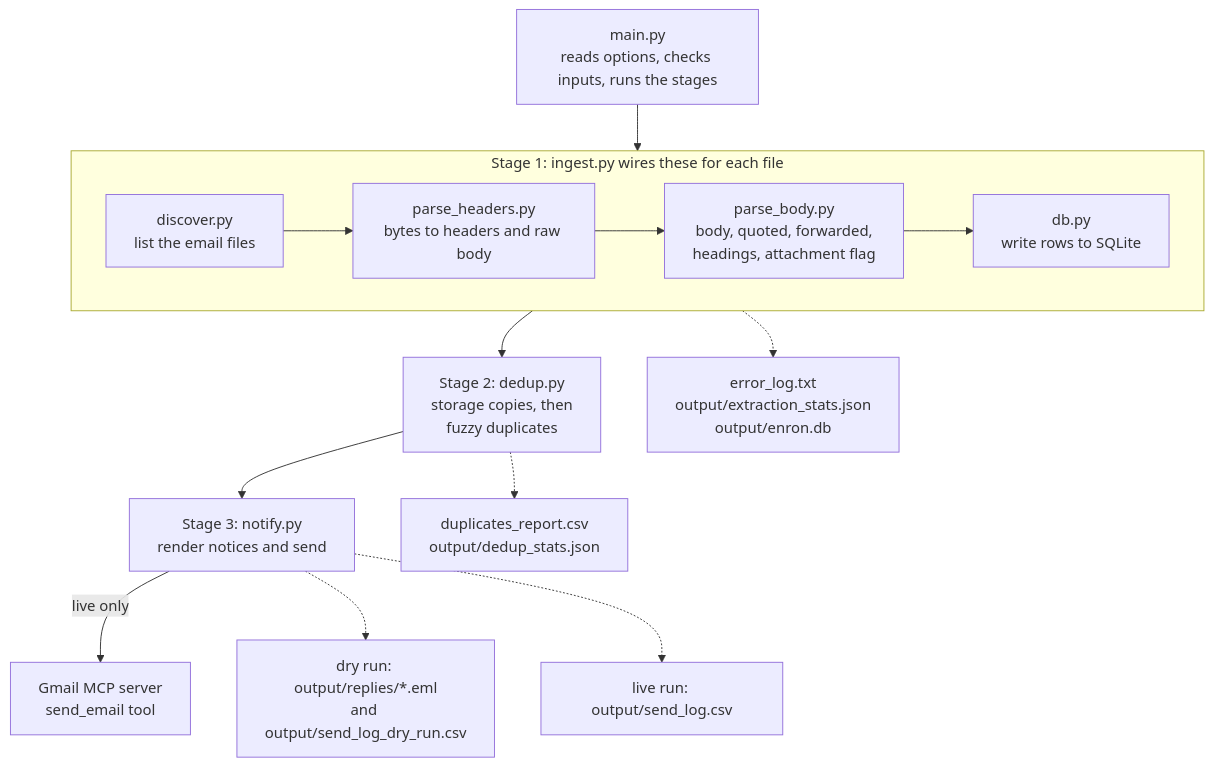
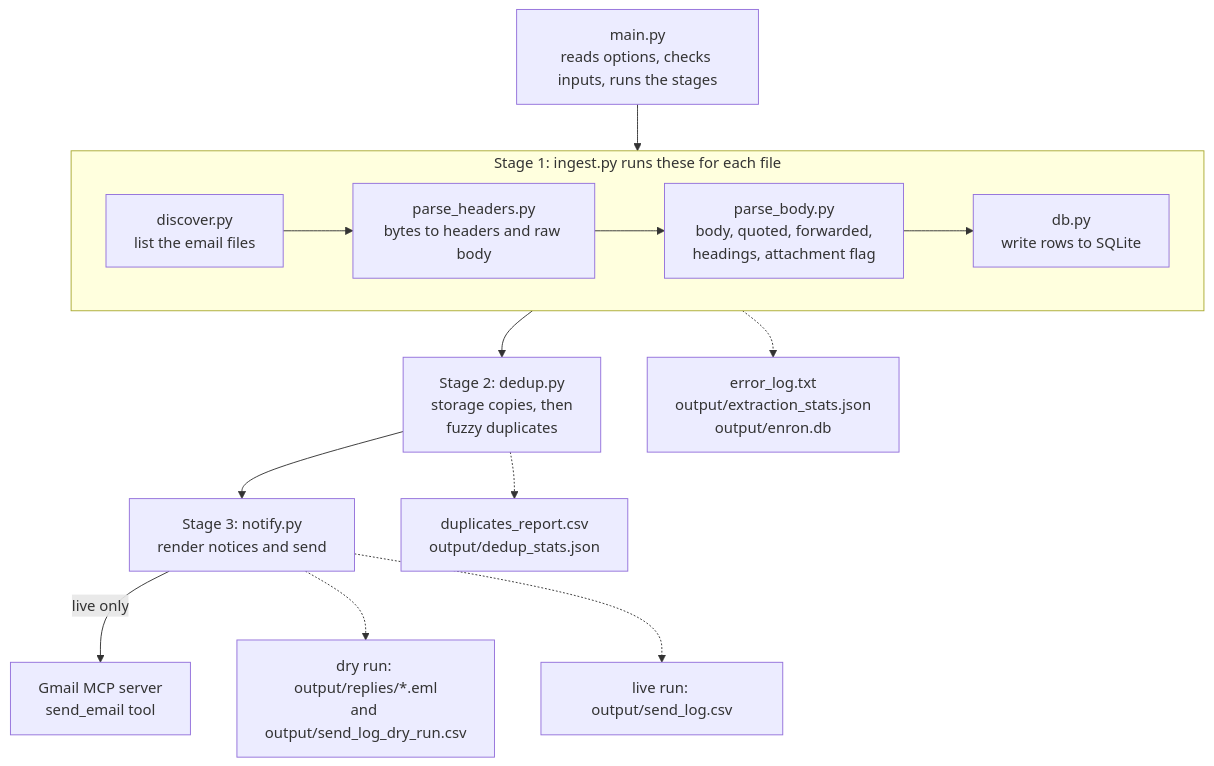
The diagram in README.md (marzoukbaig14/enron-email-pipeline), drawn with Mermaid before and after one commit. The commit also changed other lines of this file, not shown here.

````diff
--- a/README.md
+++ b/README.md
@@ -11,20 +71,20 @@
 ```mermaid
 flowchart TD
     main["main.py<br/>reads options, checks inputs, runs the stages"]
     main --> ingest
 
-    subgraph ingest["Stage 1: ingest.py wires these for each file"]
+    subgraph ingest["Stage 1: ingest.py runs these for each file"]
         discover["discover.py<br/>list the email files"] --> headers["parse_headers.py<br/>bytes to headers and raw body"]
         headers --> body["parse_body.py<br/>body, quoted, forwarded,<br/>headings, attachment flag"]
         body --> db["db.py<br/>write rows to SQLite"]
     end
 
     ingest --> dedup["Stage 2: dedup.py<br/>storage copies, then<br/>fuzzy duplicates"]
     dedup --> notify["Stage 3: notify.py<br/>render notices and send"]
     notify -- "live only" --> mcp["Gmail MCP server<br/>send_email tool"]
 
     ingest -.-> out1["error_log.txt<br/>output/extraction_stats.json<br/>output/enron.db"]
     dedup -.-> out2["duplicates_report.csv<br/>output/dedup_stats.json"]
     notify -.-> out3["dry run: output/replies/*.eml<br/>and output/send_log_dry_run.csv"]
     notify -.-> out4["live run: output/send_log.csv"]
 ```
````
